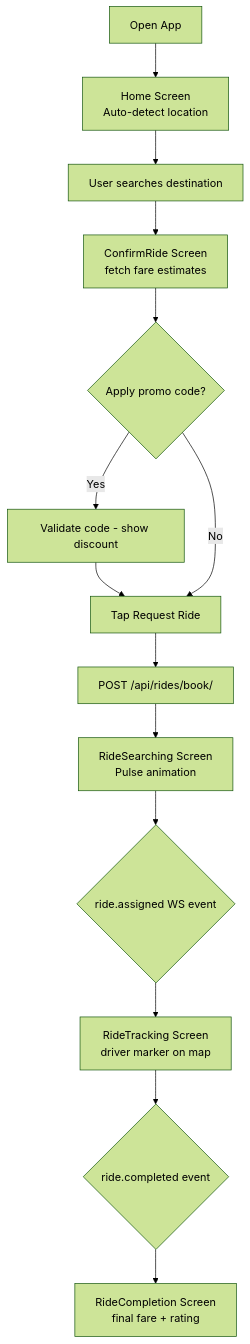
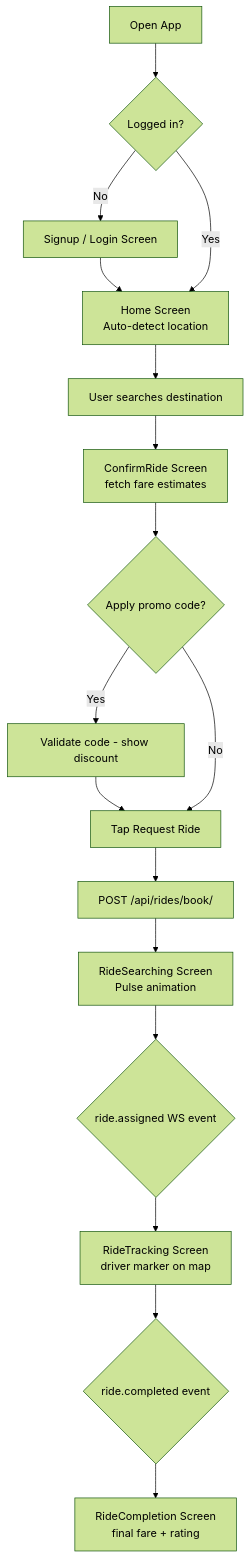
One commit to sanjaikumarask/uber--clone changed the diagram in docs/12.Rider_App/6.Workflows/Ride_Booking_Flow.md. Above: the diagram before and after it, drawn with Mermaid (forest theme). The commit also changed 116 other files, not shown here.

````diff
--- a/docs/12.Rider_App/6.Workflows/Ride_Booking_Flow.md
+++ b/docs/12.Rider_App/6.Workflows/Ride_Booking_Flow.md
@@ -48,16 +48,19 @@
 ```mermaid
 flowchart TD
-A[Open App] --> B[Home Screen <br/> Auto-detect location]
+A[Open App] --> Z{Logged in?}
+Z -->|No| Y[Signup / Login Screen]
+Y --> B
+Z -->|Yes| B[Home Screen <br/> Auto-detect location]
 B --> C[User searches destination]
 C --> D[ConfirmRide Screen <br/> fetch fare estimates]
 D --> E{Apply promo code?}
 E -->|Yes|F[Validate code - show discount]
 F --> G[Tap Request Ride]
 E -->|No|G
 G --> H[POST /api/rides/book/]
 H --> I[RideSearching Screen <br/> Pulse animation]
 I --> J{ride.assigned WS event}
 J --> K[RideTracking Screen <br/> driver marker on map]
 K --> L{ride.completed event}
 L --> M[RideCompletion Screen <br/> final fare + rating]
 ```
````
